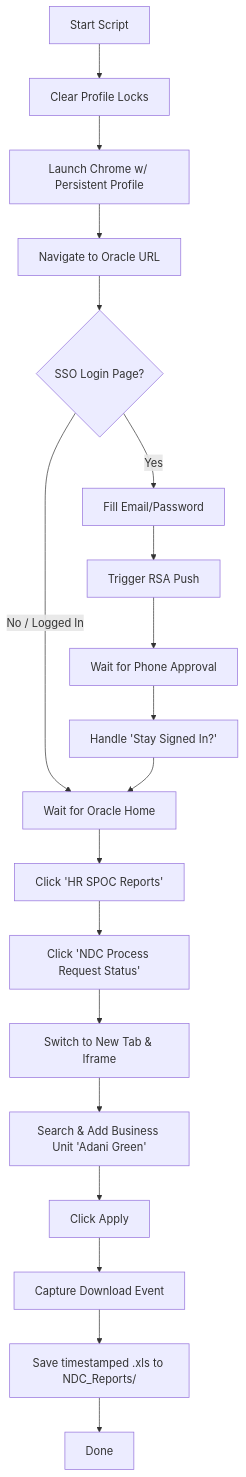
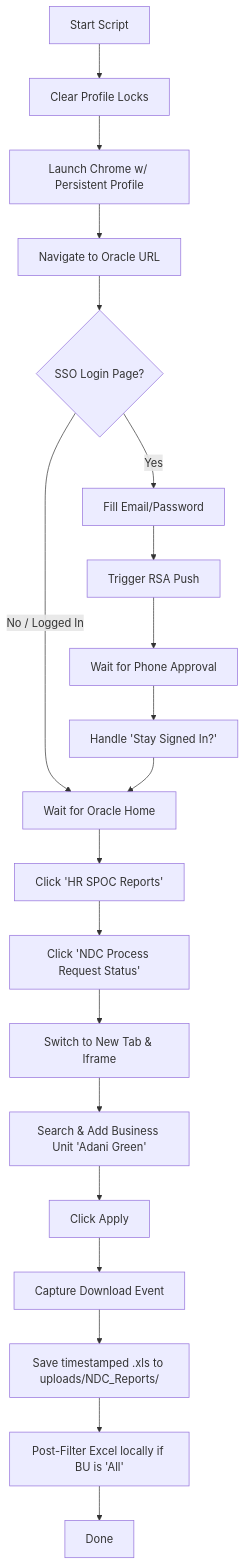
Before and after one commit to LaxmiCognitbotz/ndc-tracking-automation: the diagram in README.md, drawn with Mermaid. The commit also changed other lines of this file and 6 other files, not shown here.

Commit message:
feat: add F&F exit document downloader, implement local Excel post-filtering, and update SharePoint sync to support both NDC and F&F uploads.

````diff
--- a/README.md
+++ b/README.md
@@ -250,21 +265,22 @@
 ```mermaid
 graph TD
     A[Start Script] --> B[Clear Profile Locks]
     B --> C[Launch Chrome w/ Persistent Profile]
     C --> D[Navigate to Oracle URL]
     D --> E{SSO Login Page?}
     E -- Yes --> F[Fill Email/Password]
     F --> G[Trigger RSA Push]
     G --> H[Wait for Phone Approval]
     H --> I[Handle 'Stay Signed In?']
     E -- No / Logged In --> J[Wait for Oracle Home]
     I --> J
     J --> K[Click 'HR SPOC Reports']
     K --> L[Click 'NDC Process Request Status']
     L --> M[Switch to New Tab & Iframe]
     M --> N[Search & Add Business Unit 'Adani Green']
     N --> O[Click Apply]
     O --> P[Capture Download Event]
-    P --> Q[Save timestamped .xls to NDC_Reports/]
-    Q --> R[Done]
+    P --> Q[Save timestamped .xls to uploads/NDC_Reports/]
+    Q --> R[Post-Filter Excel locally if BU is 'All']
+    R --> S[Done]
 ```
````
